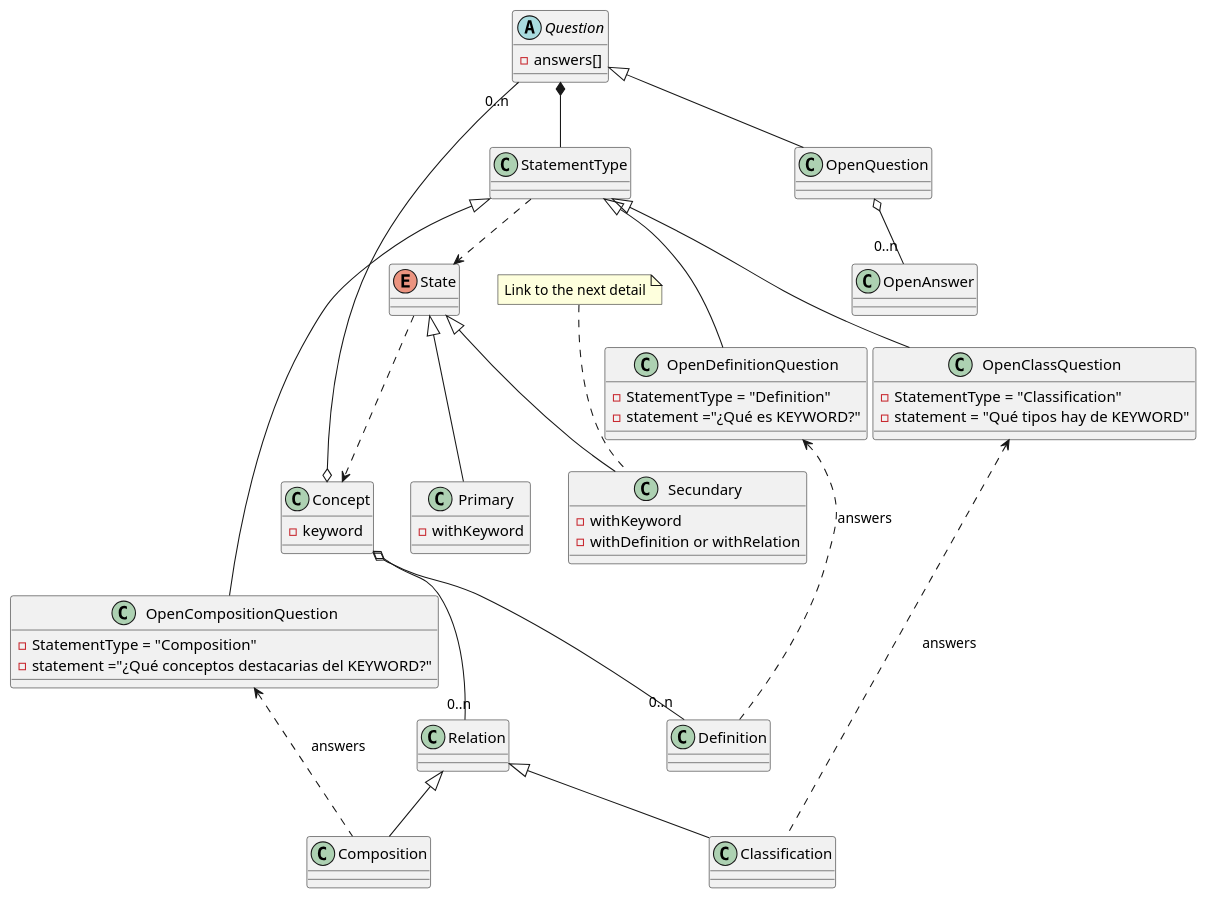
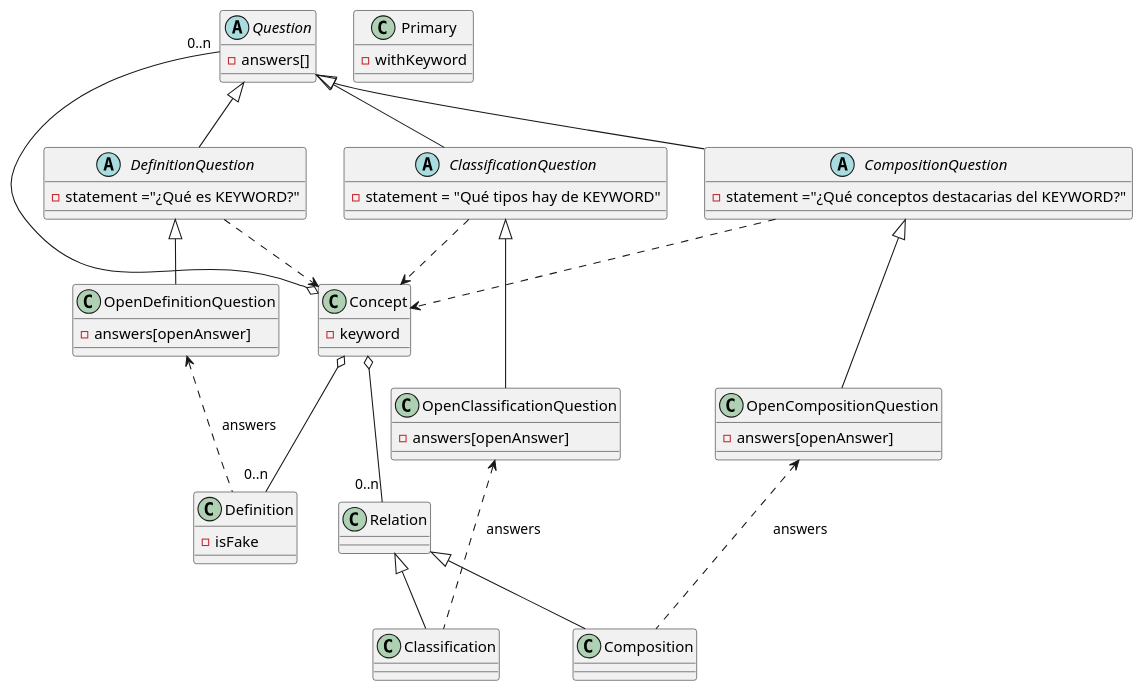
One commit to Joselon/ProyectoOpoTest changed the diagram in doc/dominio_detail_concept.puml. Above: the diagram before and after it, drawn with PlantUML. The commit also changed 4 other files, not shown here.

```diff
--- a/doc/dominio_detail_concept.puml
+++ b/doc/dominio_detail_concept.puml
@@ -1,96 +1,79 @@
 @startuml ConceptDomainDetail
 
 class Concept {
     - keyword
 }
 
-'class Definition {
-    '   - Real/Fake
-    '
-'}
-
-'class Justification {
-    '    - Real/Fake
-    '
-'}
-
-'class Explanation
+class Definition {
+  - isFake
+}
 
 class Relation
 
 class Classification
 
 class Composition
 
-enum State
-
 class Primary {
     - withKeyword
 }
 
-class Secundary {
-    - withKeyword
-    - withDefinition or withRelation
-}
-note "Link to the next detail" as link
-link .- Secundary
 
-class OpenDefinitionQuestion {
-    - StatementType = "Definition"
+abstract class DefinitionQuestion {
     - statement ="¿Qué es KEYWORD?"
 
 }
 
-class OpenClassQuestion {
-    - StatementType = "Classification"
+abstract class ClassificationQuestion {
     - statement = "Qué tipos hay de KEYWORD"
 
 }
 
-class OpenCompositionQuestion {
-    - StatementType = "Composition"
+abstract class CompositionQuestion {
     - statement ="¿Qué conceptos destacarias del KEYWORD?"
 
+}
+
+class OpenDefinitionQuestion {
+    -answers[openAnswer]
+}
+class OpenClassificationQuestion{
+    -answers[openAnswer]
+}
+class OpenCompositionQuestion{
+    -answers[openAnswer]
 }
 
 abstract class Question {
     - answers[]
 }
 
-class OpenQuestion {
 
-}
+DefinitionQuestion <|-- OpenDefinitionQuestion
+ClassificationQuestion <|-- OpenClassificationQuestion
+CompositionQuestion <|-- OpenCompositionQuestion
+Question "0..n" -o Concept
 
-Question <|-- OpenQuestion
-Question "0..n" -o Concept
-'Question <|-- Open :-- answerType
-OpenQuestion o--"0..n" OpenAnswer
-Question *-- StatementType
-State ..> Concept  
-StatementType ..> State
+DefinitionQuestion ..> Concept 
+ClassificationQuestion ..> Concept 
+CompositionQuestion ..> Concept  
+
 
 Concept o--"0..n" Definition
-'Definition o-- "0..n" Justification:Fake
-'Justification o-- Explanation:Fake
 
 Concept o-- "0..n" Relation
 Relation <|-- Classification
 Relation <|-- Composition
 
-State <|-- Primary
-State <|-- Secundary
 
-'Question <|-- OpenDefinitionQuestion :--StatementType
-'Question <|-- OpenClassQuestion :--StatementType
-'Question <|-- OpenCompositionQuestion :--StatementType
-
-StatementType <|-- OpenDefinitionQuestion
+Question <|-- DefinitionQuestion
 OpenDefinitionQuestion <.. Definition: answers
 
-StatementType <|-- OpenClassQuestion
-OpenClassQuestion <.. Classification :answers
+Question <|-- ClassificationQuestion
+OpenClassificationQuestion <.. Classification :answers
 
-StatementType <|-- OpenCompositionQuestion
+Question <|-- CompositionQuestion
 OpenCompositionQuestion <.. Composition :answers
 
+
 @enduml
```
